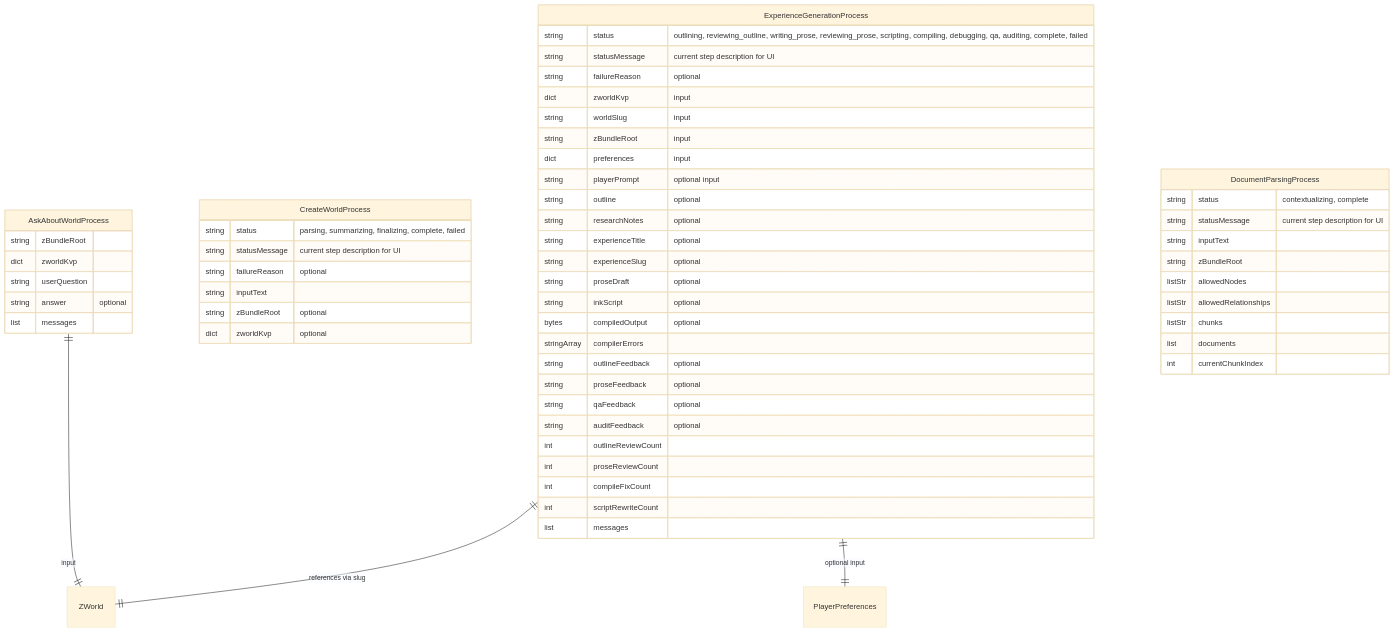
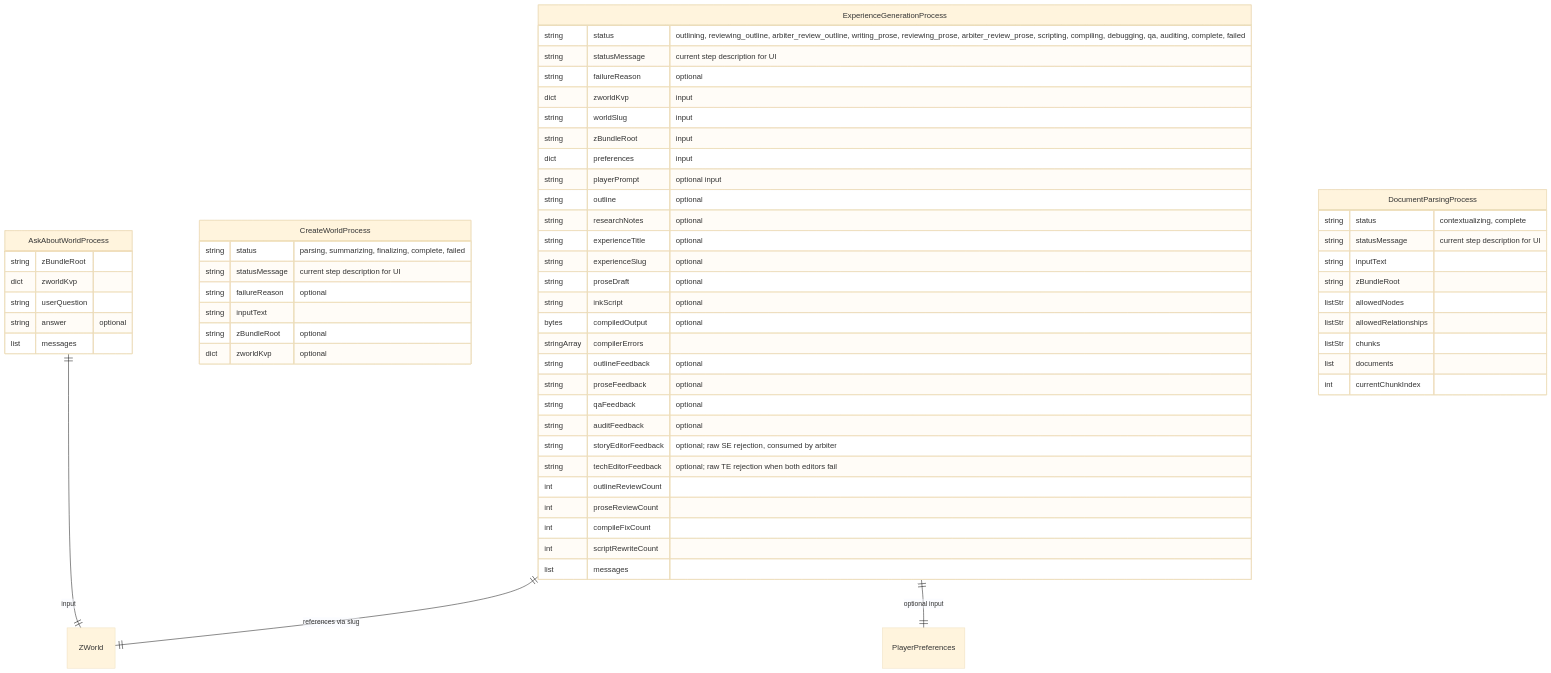
One commit to peterbaileyct/zforge changed the fifth of 5 diagrams in docs/ER Diagram.md. Above: the diagram before and after it, drawn with Mermaid (base theme). The commit also changed other lines of this file and 10 other files, not shown here.

Commit message:
Introduced an Arbiter AI to handle conflicts between author and editor. (Improved RAG storage led to loops where editor presented pedantic reasons why given premise conflicts with lore; arbiter ensures premise wins out.)

````diff
--- a/docs/ER Diagram.md
+++ b/docs/ER Diagram.md
@@ -151,60 +151,62 @@
 ```mermaid
 erDiagram
     ExperienceGenerationProcess {
-        string status "outlining, reviewing_outline, writing_prose, reviewing_prose, scripting, compiling, debugging, qa, auditing, complete, failed"
+        string status "outlining, reviewing_outline, arbiter_review_outline, writing_prose, reviewing_prose, arbiter_review_prose, scripting, compiling, debugging, qa, auditing, complete, failed"
         string statusMessage "current step description for UI"
         string failureReason "optional"
         dict zworldKvp "input"
         string worldSlug "input"
         string zBundleRoot "input"
         dict preferences "input"
         string playerPrompt "optional input"
         string outline "optional"
         string researchNotes "optional"
         string experienceTitle "optional"
         string experienceSlug "optional"
         string proseDraft "optional"
         string inkScript "optional"
         bytes compiledOutput "optional"
         stringArray compilerErrors
         string outlineFeedback "optional"
         string proseFeedback "optional"
         string qaFeedback "optional"
         string auditFeedback "optional"
+        string storyEditorFeedback "optional; raw SE rejection, consumed by arbiter"
+        string techEditorFeedback "optional; raw TE rejection when both editors fail"
         int outlineReviewCount
         int proseReviewCount
         int compileFixCount
         int scriptRewriteCount
         list messages
     }
     CreateWorldProcess {
         string status "parsing, summarizing, finalizing, complete, failed"
         string statusMessage "current step description for UI"
         string failureReason "optional"
         string inputText
         string zBundleRoot "optional"
         dict zworldKvp "optional"
     }
     AskAboutWorldProcess {
         string zBundleRoot
         dict zworldKvp
         string userQuestion
         string answer "optional"
         list messages
     }
     DocumentParsingProcess {
         string status "contextualizing, complete"
         string statusMessage "current step description for UI"
         string inputText
         string zBundleRoot
         listStr allowedNodes
         listStr allowedRelationships
         listStr chunks
         list documents
         int currentChunkIndex
     }
 
     ExperienceGenerationProcess ||--|| ZWorld : "references via slug"
     ExperienceGenerationProcess ||--|| PlayerPreferences : "optional input"
     AskAboutWorldProcess ||--|| ZWorld : "input"
 ```
````
